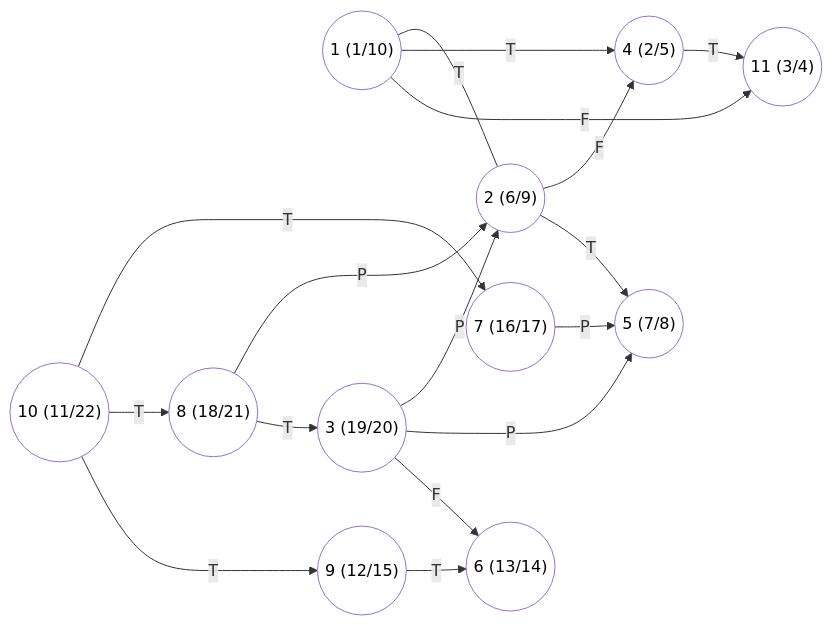
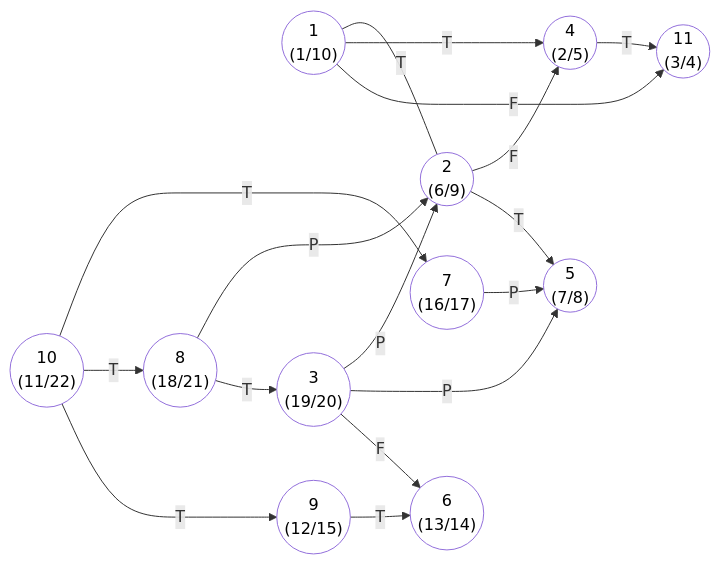
Diagram 23 of 27 in 2024.2/Materiais enviados/Listas/Resoluções/Lista 3.md (UFMG-Organizacao-de-Disciplinas/DCC865-Projeto_e_Analise_de_Algoritmos), drawn with Mermaid before and after one commit. The commit also changed other lines of this file and 1 other file, not shown here.

Commit message:
Missed some BRs :br:

````diff
--- a/2024.2/Materiais enviados/Listas/Resoluções/Lista 3.md
+++ b/2024.2/Materiais enviados/Listas/Resoluções/Lista 3.md
@@ -1046,46 +1046,46 @@
 ```mermaid
 graph LR
     %% Coloração: fundo branco, texto preto
     style V1  fill:#fff,color:#000
     style V2  fill:#fff,color:#000
     style V3  fill:#fff,color:#000
     style V4  fill:#fff,color:#000
     style V5  fill:#fff,color:#000
     style V6  fill:#fff,color:#000
     style V7  fill:#fff,color:#000
     style V8  fill:#fff,color:#000
     style V9  fill:#fff,color:#000
     style V10 fill:#fff,color:#000
     style V11 fill:#fff,color:#000
 
     %% Vértices
-    V1(("1 (1/10)"))
-    V2(("2 (6/9)"))
-    V3(("3 (19/20)"))
-    V4(("4 (2/5)"))
-    V5(("5 (7/8)"))
-    V6(("6 (13/14)"))
-    V7(("7 (16/17)"))
-    V8(("8 (18/21)"))
-    V9(("9 (12/15)"))
-    V10(("10 (11/22)"))
-    V11(("11 (3/4)"))
+    V1(("1 <br> (1/10)"))
+    V2(("2 <br> (6/9)"))
+    V3(("3 <br> (19/20)"))
+    V4(("4 <br> (2/5)"))
+    V5(("5 <br> (7/8)"))
+    V6(("6 <br> (13/14)"))
+    V7(("7 <br> (16/17)"))
+    V8(("8 <br> (18/21)"))
+    V9(("9 <br> (12/15)"))
+    V10(("10 <br> (11/22)"))
+    V11(("11 <br> (3/4)"))
 
     %% Arestas
     V1 ---|T| V2
     V1 -->|T| V4
     V1 -->|F| V11
     V2 -->|F| V4
     V2 -->|T| V5
     V3 -->|P| V2
     V3 -->|P| V5
     V3 -->|F| V6
     V4 -->|T| V11
     V7 -->|P| V5
     V8 -->|P| V2
     V8 -->|T| V3
     V9 -->|T| V6
     V10 -->|T| V7
     V10 -->|T| V8
     V10 -->|T| V9
 ```
````
